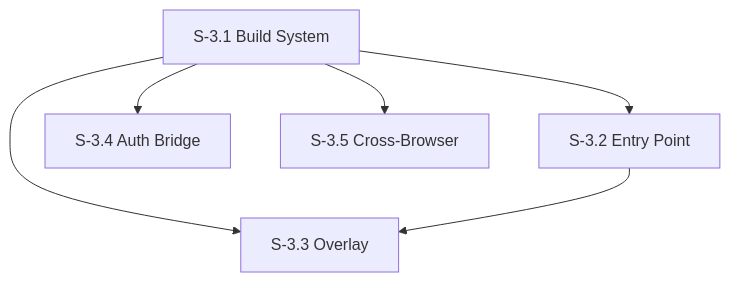
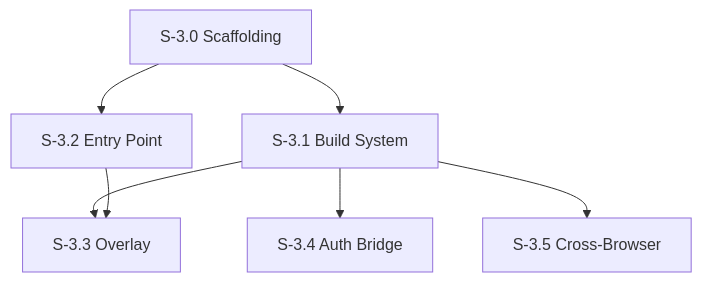
One commit to pedropaulovc/codjiflo changed the diagram in spec/stories/milestone-3-browser-extension.md. Above: the diagram before and after it, drawn with Mermaid. The commit also changed other lines of this file and 6 other files, not shown here.

Commit message:
docs: add architecture plan and scaffolding stories

````diff
--- a/spec/stories/milestone-3-browser-extension.md
+++ b/spec/stories/milestone-3-browser-extension.md
@@ -14,8 +17,9 @@
 ```mermaid
 graph TD
-    S3.1[S-3.1 Build System] --> S3.2[S-3.2 Entry Point]
+    S3.0[S-3.0 Scaffolding] --> S3.1[S-3.1 Build System]
+    S3.0 --> S3.2[S-3.2 Entry Point]
     S3.1 --> S3.3[S-3.3 Overlay]
     S3.1 --> S3.4[S-3.4 Auth Bridge]
     S3.1 --> S3.5[S-3.5 Cross-Browser]
     S3.2 --> S3.3
 ```
````
